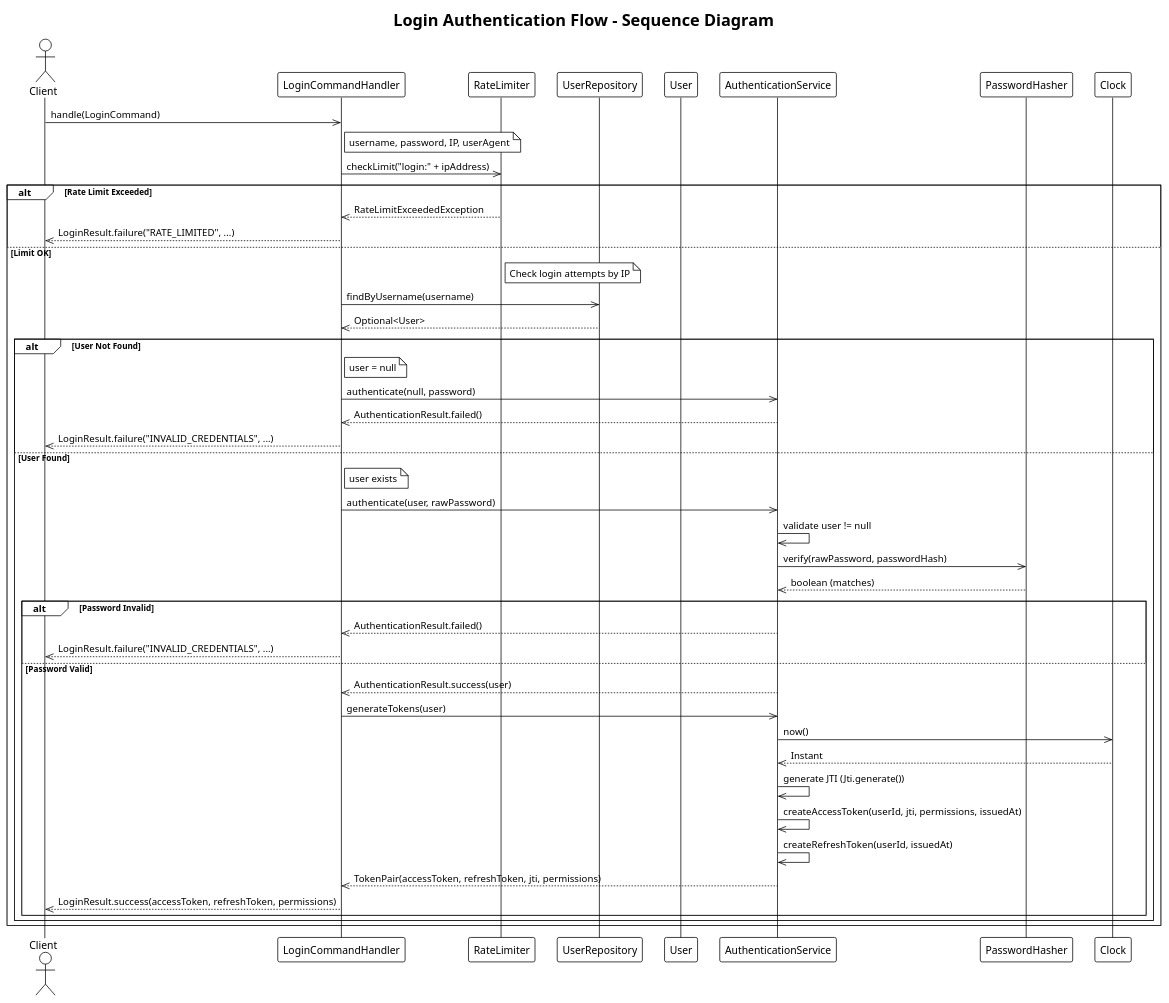
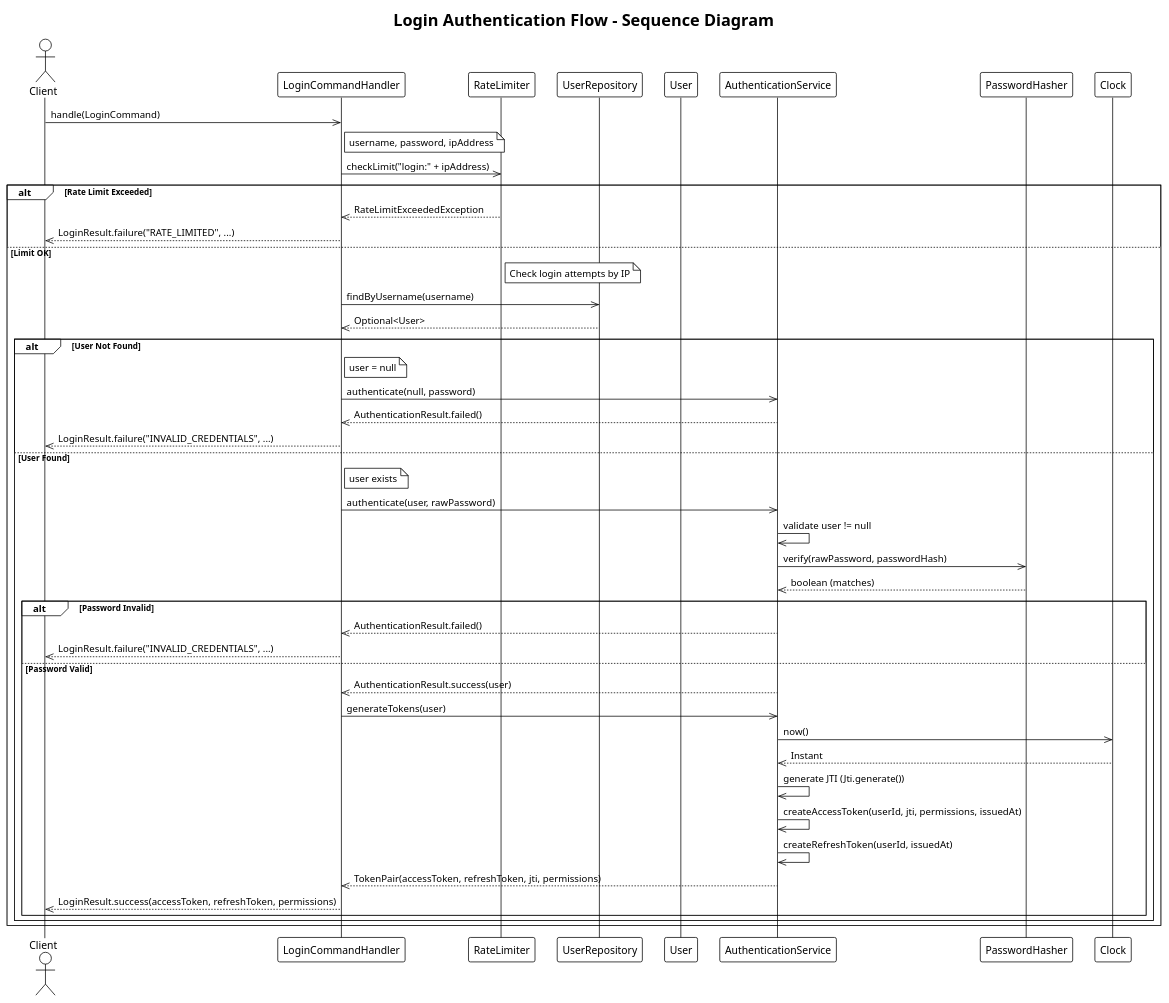
The diagram in design/LoginFlow_SequenceDiagram.puml (OODesigns/central-auth-service), drawn with PlantUML before and after one commit. The commit also changed 4 other files, not shown here.

Commit message:
Remove userAgent from LoginCommand and related tests; update diagrams and integration tests accordingly

```diff
--- a/design/LoginFlow_SequenceDiagram.puml
+++ b/design/LoginFlow_SequenceDiagram.puml
@@ -1,63 +1,63 @@
 @startuml LoginSequenceDiagram
 !theme plain
 title Login Authentication Flow - Sequence Diagram
 
 actor Client
 participant "LoginCommandHandler" as Handler
 participant "RateLimiter" as RateLimiter
 participant "UserRepository" as Repository
 participant "User" as UserEntity
 participant "AuthenticationService" as AuthService
 participant "PasswordHasher" as PasswordHasher
 participant "Clock" as Clock
 
 Client ->> Handler: handle(LoginCommand)
-note right of Handler: username, password, IP, userAgent
+note right of Handler: username, password, ipAddress
 
 Handler ->> RateLimiter: checkLimit("login:" + ipAddress)
 alt Rate Limit Exceeded
     RateLimiter -->> Handler: RateLimitExceededException
     Handler -->> Client: LoginResult.failure("RATE_LIMITED", ...)
 else Limit OK
     note right of RateLimiter: Check login attempts by IP
     
     Handler ->> Repository: findByUsername(username)
     Repository -->> Handler: Optional<User>
     
     alt User Not Found
         note right of Handler: user = null
         Handler ->> AuthService: authenticate(null, password)
         AuthService -->> Handler: AuthenticationResult.failed()
         Handler -->> Client: LoginResult.failure("INVALID_CREDENTIALS", ...)
     else User Found
         note right of Handler: user exists
         Handler ->> AuthService: authenticate(user, rawPassword)
         
         AuthService ->> AuthService: validate user != null
         
         AuthService ->> PasswordHasher: verify(rawPassword, passwordHash)
         PasswordHasher -->> AuthService: boolean (matches)
         
         alt Password Invalid
             AuthService -->> Handler: AuthenticationResult.failed()
             Handler -->> Client: LoginResult.failure("INVALID_CREDENTIALS", ...)
         else Password Valid
             AuthService -->> Handler: AuthenticationResult.success(user)
             
             Handler ->> AuthService: generateTokens(user)
             
             AuthService ->> Clock: now()
             Clock -->> AuthService: Instant
             
             AuthService ->> AuthService: generate JTI (Jti.generate())
             AuthService ->> AuthService: createAccessToken(userId, jti, permissions, issuedAt)
             AuthService ->> AuthService: createRefreshToken(userId, issuedAt)
             
             AuthService -->> Handler: TokenPair(accessToken, refreshToken, jti, permissions)
             
             Handler -->> Client: LoginResult.success(accessToken, refreshToken, permissions)
         end
     end
 end
 
 @enduml
```
